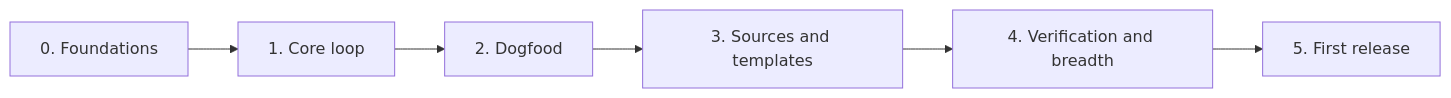
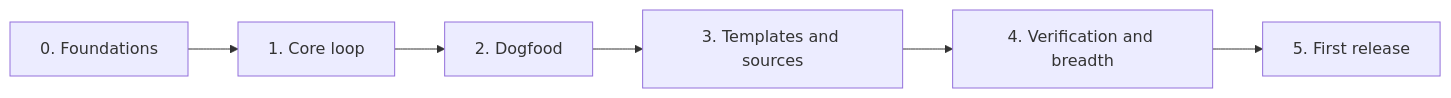
One commit to mengjiasun1992/structural-llm-wiki changed the diagram in docs/skill_execution_plan.md. Above: the diagram before and after it, drawn with Mermaid. The commit also changed other lines of this file, not shown here.

First line of the commit message:
Build the templates first in Phase 3

````diff
--- a/docs/skill_execution_plan.md
+++ b/docs/skill_execution_plan.md
@@ -78,4 +78,4 @@
 ```mermaid
 graph LR
-    P0["0. Foundations"] --> P1["1. Core loop"] --> P2["2. Dogfood"] --> P3["3. Sources and templates"] --> P4["4. Verification and breadth"] --> P5["5. First release"]
+    P0["0. Foundations"] --> P1["1. Core loop"] --> P2["2. Dogfood"] --> P3["3. Templates and sources"] --> P4["4. Verification and breadth"] --> P5["5. First release"]
 ```
````
